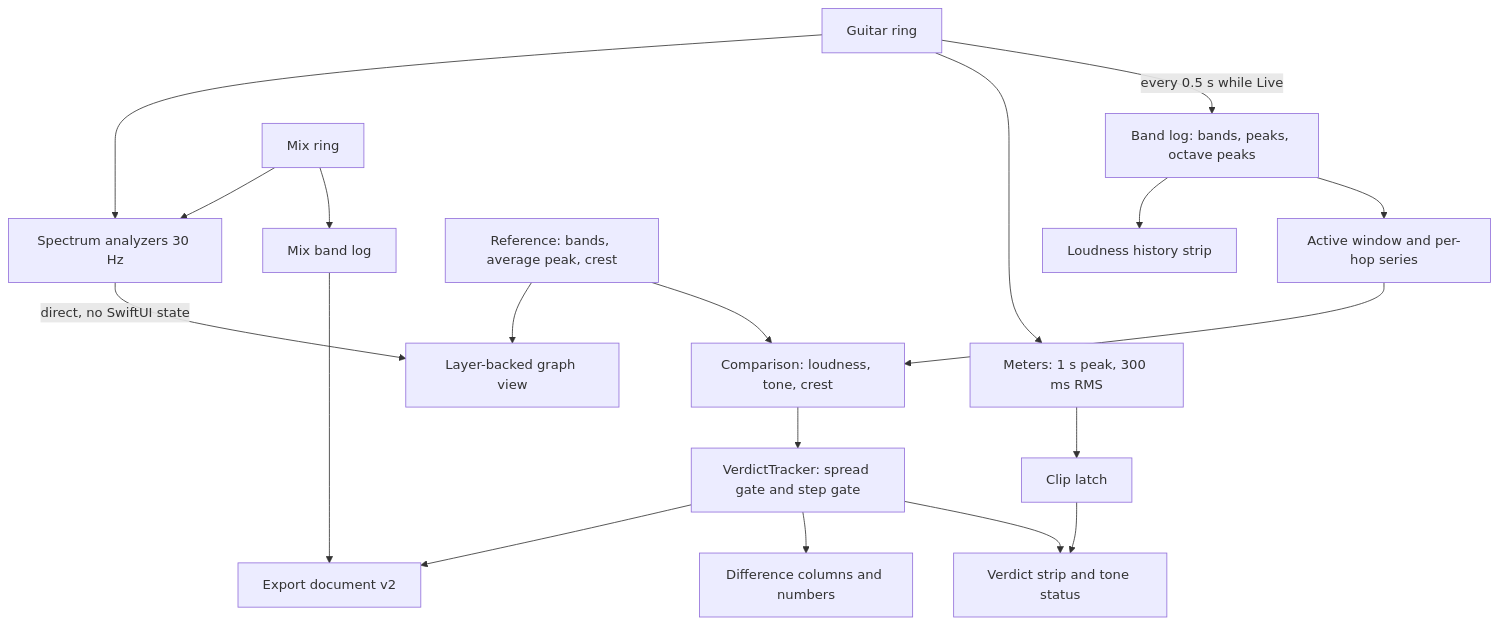
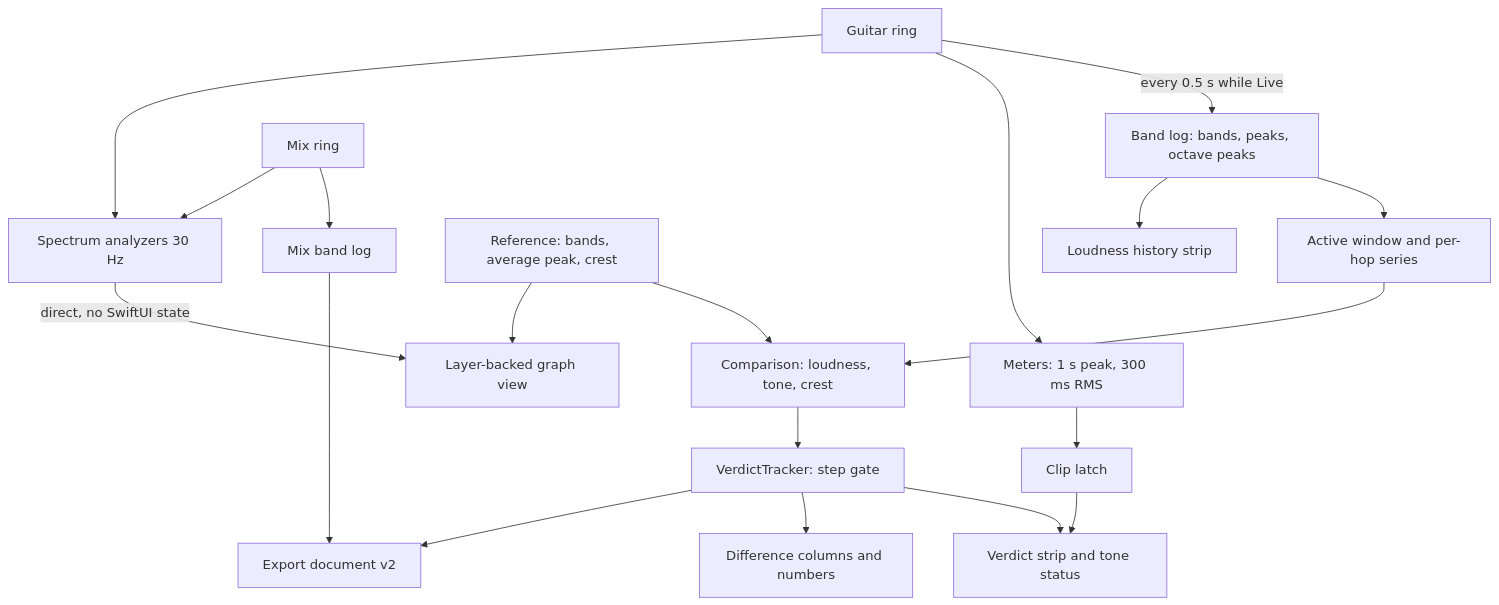
The first of 4 diagrams in docs/plans/2026-10-06-1341-feat-levels-verdict-plan.md (kyxap1/spectrum-analyzer), drawn with Mermaid before and after one commit. The commit also changed other lines of this file, not shown here.

Commit message:
docs: revise the levels verdict plan after the doc review

````diff
--- a/docs/plans/2026-10-06-1341-feat-levels-verdict-plan.md
+++ b/docs/plans/2026-10-06-1341-feat-levels-verdict-plan.md
@@ -192,21 +195,21 @@
 ```mermaid
 flowchart TB
   GR[Guitar ring] -->|every 0.5 s while Live| LOG[Band log: bands, peaks, octave peaks]
   MR[Mix ring] --> MLOG[Mix band log]
   GR --> MET[Meters: 1 s peak, 300 ms RMS]
   LOG --> WIN[Active window and per-hop series]
   REF[Reference: bands, average peak, crest] --> CMP[Comparison: loudness, tone, crest]
   WIN --> CMP
-  CMP --> TRK[VerdictTracker: spread gate and step gate]
+  CMP --> TRK[VerdictTracker: step gate]
   TRK --> STRIP[Verdict strip and tone status]
   TRK --> COLS[Difference columns and numbers]
   TRK --> EXP[Export document v2]
   LOG --> HIST[Loudness history strip]
   MET --> CLIP[Clip latch]
   CLIP --> STRIP
   GR --> AN[Spectrum analyzers 30 Hz]
   MR --> AN
   AN -->|direct, no SwiftUI state| VIEW[Layer-backed graph view]
   REF --> VIEW
   MLOG --> EXP
 ```
````
